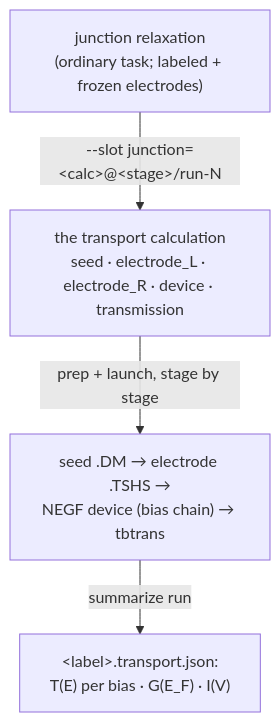
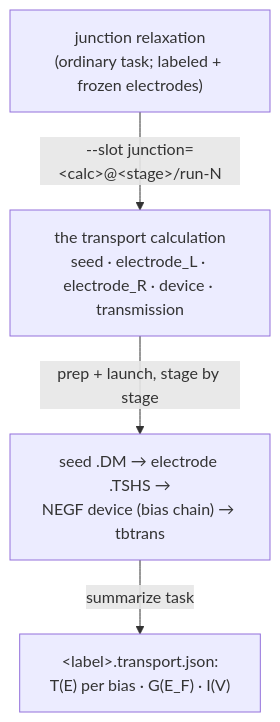
The fifth of 13 diagrams in docs/engines/transport.md (Qing-LAB/molbuilder), drawn with Mermaid before and after one commit. The commit also changed other lines of this file and 30 other files, not shown here.

````diff
--- a/docs/engines/transport.md
+++ b/docs/engines/transport.md
@@ -306,7 +306,7 @@
 ```mermaid
 flowchart TD
     RX["junction relaxation<br/>(ordinary task; labeled + frozen electrodes)"]
     RX -->|"--slot junction=&lt;calc&gt;@&lt;stage&gt;/run-N"| CT["the transport calculation<br/>seed · electrode_L · electrode_R · device · transmission"]
     CT -->|"prep + launch, stage by stage"| RUN["seed .DM → electrode .TSHS →<br/>NEGF device (bias chain) → tbtrans"]
-    RUN -->|"summarize run"| RES["&lt;label&gt;.transport.json:<br/>T(E) per bias · G(E_F) · I(V)"]
+    RUN -->|"summarize task"| RES["&lt;label&gt;.transport.json:<br/>T(E) per bias · G(E_F) · I(V)"]
 ```
````
